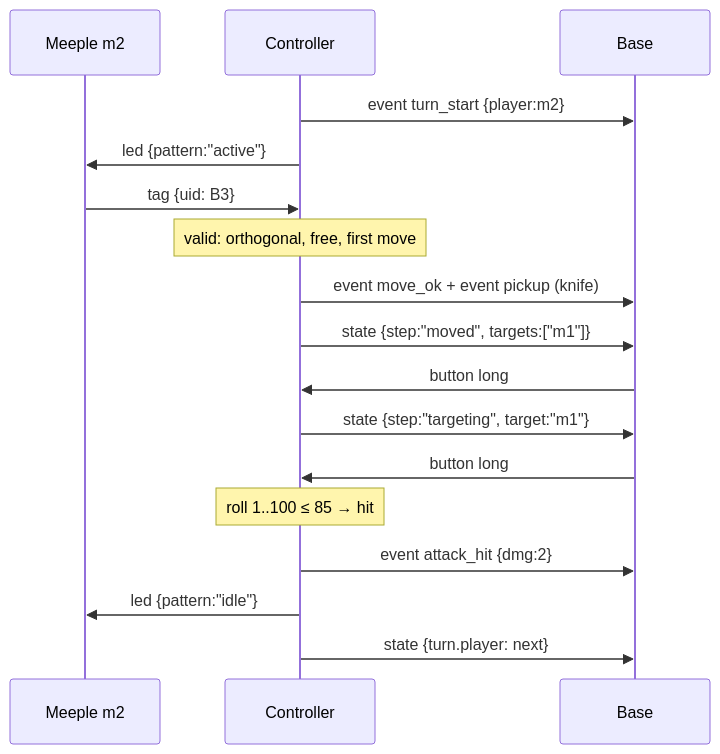
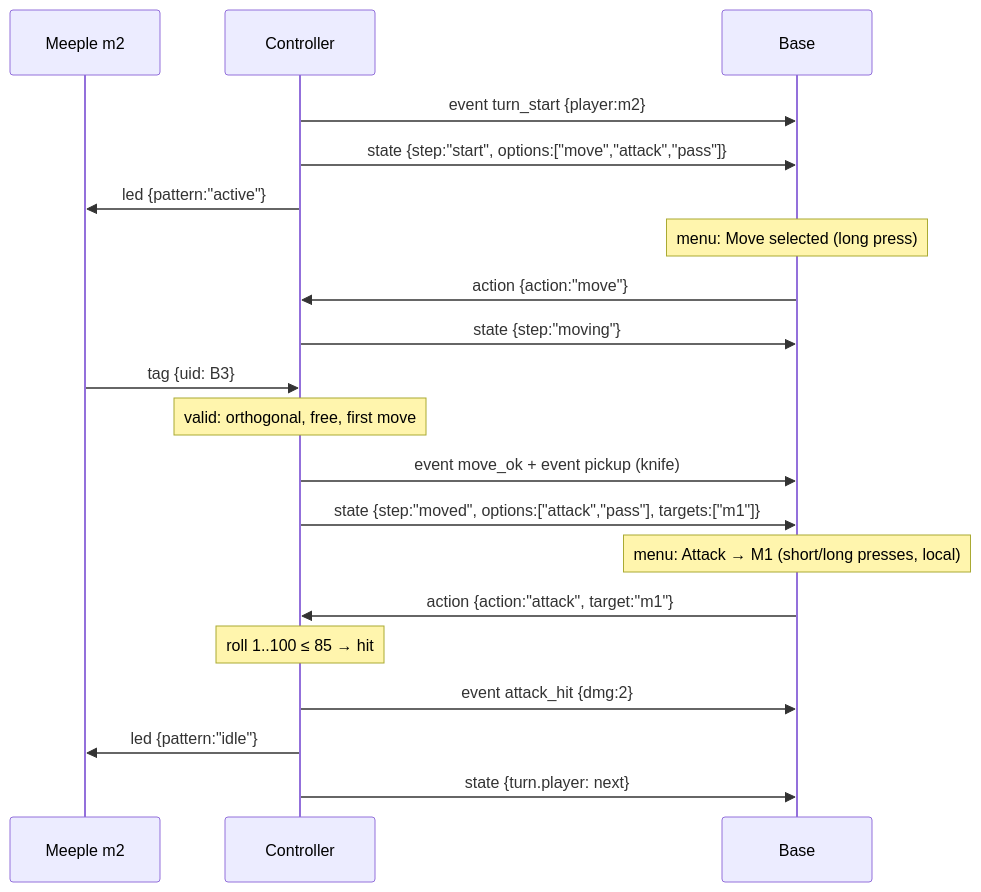
One commit to Elcris1/last-meeple-standing changed the second of 3 diagrams in docs/protocol.md. Above: the diagram before and after it, drawn with Mermaid. The commit also changed other lines of this file, not shown here.

````diff
--- a/docs/protocol.md
+++ b/docs/protocol.md
@@ -254,19 +342,22 @@
 ```mermaid
 sequenceDiagram
     participant M as Meeple m2
     participant C as Controller
     participant S as Base
     C->>S: event turn_start {player:m2}
+    C->>S: state {step:"start", options:["move","attack","pass"]}
     C->>M: led {pattern:"active"}
+    Note over S: menu: Move selected (long press)
+    S->>C: action {action:"move"}
+    C->>S: state {step:"moving"}
     M->>C: tag {uid: B3}
     Note over C: valid: orthogonal, free, first move
     C->>S: event move_ok + event pickup (knife)
-    C->>S: state {step:"moved", targets:["m1"]}
-    S->>C: button long
-    C->>S: state {step:"targeting", target:"m1"}
-    S->>C: button long
+    C->>S: state {step:"moved", options:["attack","pass"], targets:["m1"]}
+    Note over S: menu: Attack → M1 (short/long presses, local)
+    S->>C: action {action:"attack", target:"m1"}
     Note over C: roll 1..100 ≤ 85 → hit
     C->>S: event attack_hit {dmg:2}
     C->>M: led {pattern:"idle"}
     C->>S: state {turn.player: next}
 ```
````
